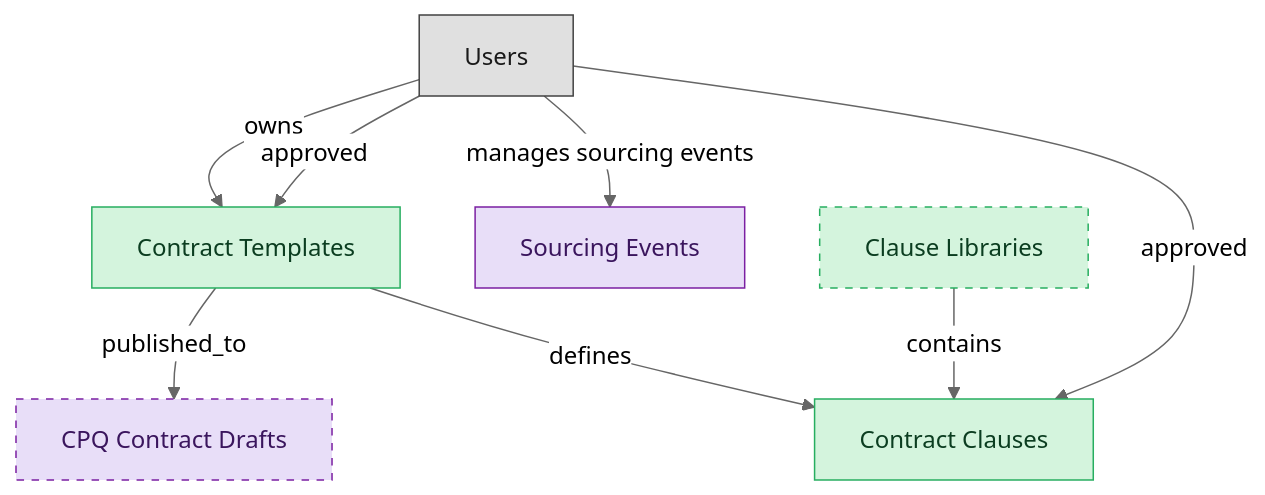
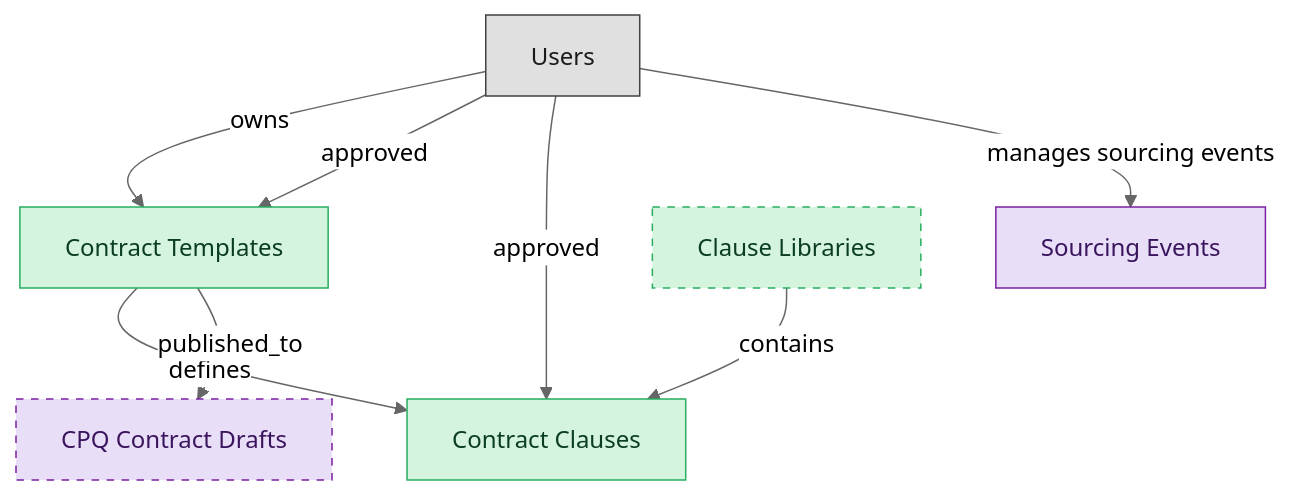
One commit to IntranetFactory/domain-map changed the diagram in catalog/blueprints/clm-authoring-semantic-blueprint.md. Above: the diagram before and after it, drawn with Mermaid (neutral theme). The commit also changed other lines of this file and 122 other files, not shown here.

````diff
--- a/catalog/blueprints/clm-authoring-semantic-blueprint.md
+++ b/catalog/blueprints/clm-authoring-semantic-blueprint.md
@@ -37,27 +38,27 @@
 ```mermaid
 flowchart TD
   classDef master fill:#d4f4dd,stroke:#27ae60,color:#0b3d20;
   classDef consumer fill:#e8def8,stroke:#7b1fa2,color:#3a155d;
   classDef platform_builtin fill:#e0e0e0,stroke:#424242,color:#1a1a1a;
+  contract_clauses["Contract Clauses"]
   contract_templates["Contract Templates"]
-  contract_clauses["Contract Clauses"]
   sourcing_events["Sourcing Events"]
   contract_drafts["CPQ Contract Drafts"]
   clause_libraries["Clause Libraries"]
   users["Users"]
   contract_templates -->|"defines"| contract_clauses
   contract_templates -->|"published_to"| contract_drafts
   clause_libraries -->|"contains"| contract_clauses
-  users -->|"manages sourcing events"| sourcing_events
   users -->|"owns"| contract_templates
   users -->|"approved"| contract_templates
   users -->|"approved"| contract_clauses
+  users -->|"manages sourcing events"| sourcing_events
+  class contract_clauses master;
   class contract_templates master;
-  class contract_clauses master;
   class sourcing_events consumer;
   class contract_drafts consumer;
   class clause_libraries master;
   class users platform_builtin;
   style contract_drafts stroke-dasharray:5 5;
   style clause_libraries stroke-dasharray:5 5;
 ```
````
